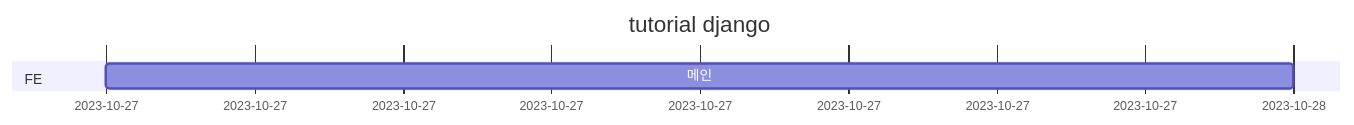
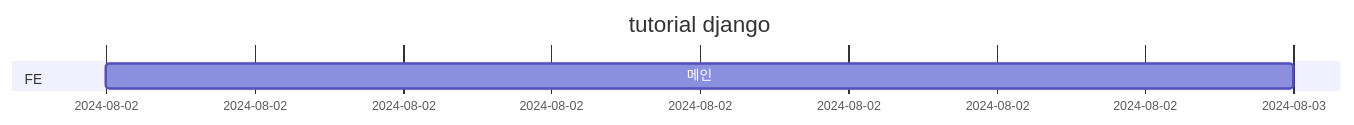
One commit to gustn1029/openMarket changed the diagram in README.md. Above: the diagram before and after it, drawn with Mermaid. The commit also changed other lines of this file and 7 other files, not shown here.

````diff
--- a/README.md
+++ b/README.md
@@ -41,7 +45,7 @@
 ```mermaid
 gantt
     title tutorial django
     dateFormat YY-MM-DD
     section FE
-        메인    :2023-10-27, 1d
+        메인    :2024-08-02, 1d
 ```
````
